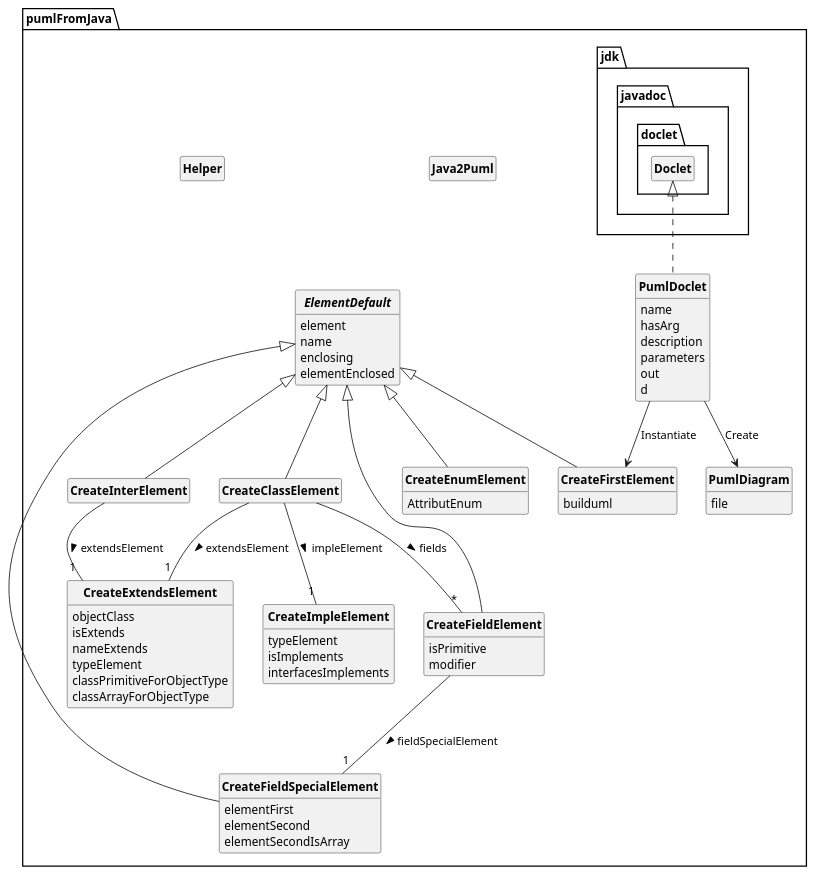
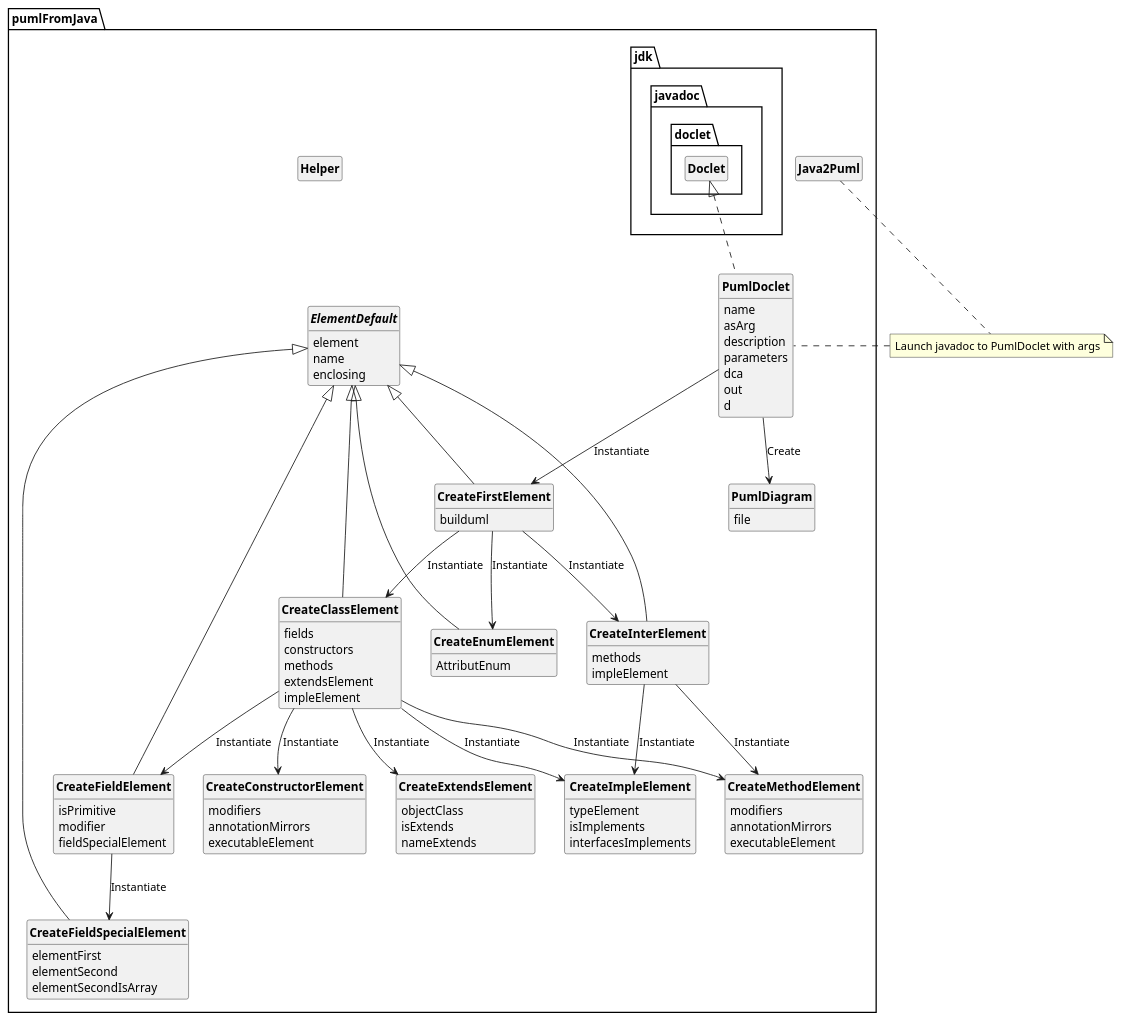
Before and after one commit to Tommot67/PumlFromJava: the diagram in uml/DCApumlFromJava.puml, drawn with PlantUML. The commit also changed 1 other file, not shown here.

Commit message:
DCA et DCC semaine 4

```diff
--- a/uml/DCApumlFromJava.puml
+++ b/uml/DCApumlFromJava.puml
@@ -1,106 +1,136 @@
 @startuml
 'https://plantuml.com/class-diagram
 skinparam classAttributeIconSize 0
 skinparam classFontStyle Bold
 skinparam style strictuml
 hide empty members
 
-
 package "pumlFromJava"
 {
     class PumlDoclet
     {
-    name
-    hasArg
-    description
-    parameters
-    out
-    d
+        name
+        asArg
+        description
+        parameters
+        dca
+        out
+        d
     }
     class Java2Puml
     {
     }
 
     class PumlDiagram
     {
-    file
+        file
     }
 
     class CreateFirstElement
     {
-    builduml
+        builduml
     }
 
     class CreateExtendsElement
     {
-    objectClass
-    isExtends
-    nameExtends
-    typeElement
-    classPrimitiveForObjectType
-    classArrayForObjectType
+        objectClass
+        isExtends
+        nameExtends
     }
 
     class Helper
     {
     }
 
-    class CreateInterElement
+    class CreateInterElement extends ElementDefault
     {
+        methods
+        impleElement
     }
 
     class CreateClassElement
     {
+        fields
+        constructors
+        methods
+        extendsElement
+        impleElement
     }
 
     class CreateFieldElement
     {
-    isPrimitive
-    modifier
+        isPrimitive
+        modifier
+        fieldSpecialElement
     }
 
     abstract class ElementDefault
     {
-    element
-    name
-    enclosing
-    elementEnclosed
-
+        element
+        name
+        enclosing
     }
 
     class CreateEnumElement
     {
-    AttributEnum
+        AttributEnum
     }
 
     class CreateImpleElement {
-    typeElement
-    isImplements
-    interfacesImplements
+        typeElement
+        isImplements
+        interfacesImplements
     }
 
     class CreateFieldSpecialElement
     {
-    elementFirst
-    elementSecond
-    elementSecondIsArray
+        elementFirst
+        elementSecond
+        elementSecondIsArray
+    }
+
+    class CreateConstructorElement
+    {
+        modifiers
+        annotationMirrors
+        executableElement
+
+    }
+
+    class CreateMethodElement
+    {
+        modifiers
+        annotationMirrors
+        executableElement
     }
 
     jdk.javadoc.doclet.Doclet <|.. PumlDoclet
-    ElementDefault <|-- CreateInterElement
     ElementDefault <|-- CreateClassElement
     ElementDefault <|-- CreateFieldElement
     ElementDefault <|-- CreateEnumElement
     ElementDefault <|-- CreateFirstElement
     ElementDefault <|-- CreateFieldSpecialElement
     PumlDoclet --> PumlDiagram : "Create"
     PumlDoclet --> CreateFirstElement : "Instantiate"
+    CreateClassElement --> CreateConstructorElement : "Instantiate"
+    CreateFirstElement --> CreateClassElement : "Instantiate"
+    CreateFirstElement --> CreateEnumElement : "Instantiate"
+    CreateClassElement --> CreateExtendsElement : "Instantiate"
+    CreateFieldElement --> CreateFieldSpecialElement : "Instantiate"
+    CreateClassElement --> CreateFieldElement : "Instantiate"
+    CreateClassElement --> CreateImpleElement : "Instantiate"
+    CreateInterElement --> CreateImpleElement : "Instantiate"
 
-    CreateClassElement -- "*" CreateFieldElement : > fields
-    CreateClassElement -- "1" CreateExtendsElement : > extendsElement
-    CreateClassElement -- "1" CreateImpleElement : > impleElement
-    CreateInterElement -- "1" CreateExtendsElement : > extendsElement
-    CreateFieldElement -- "1" CreateFieldSpecialElement : > fieldSpecialElement
+    CreateFirstElement --> CreateInterElement : "Instantiate"
+    CreateClassElement --> CreateMethodElement: "Instantiate"
+    CreateInterElement --> CreateMethodElement : "Instantiate"
+
+
+
 }
 
+note "Launch javadoc to PumlDoclet with args" as N2
+Java2Puml .. N2
+N2 .. PumlDoclet
+
 @enduml
```
